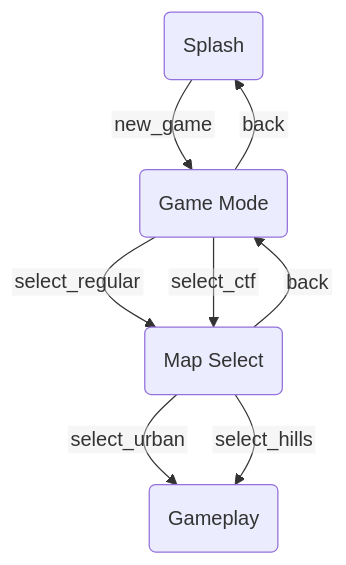
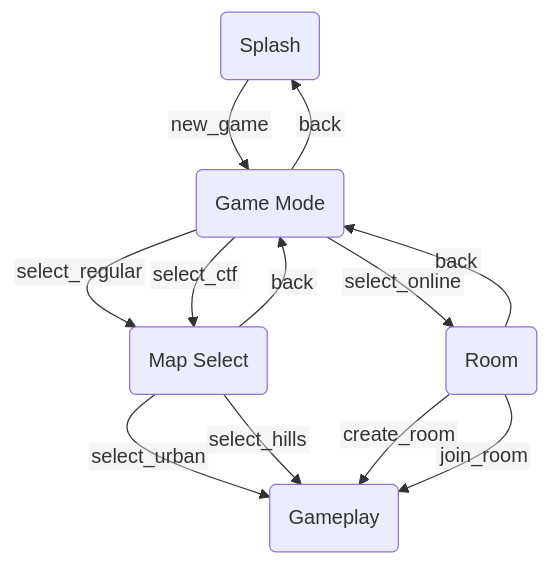
Before and after one commit to TheDeepestSpace/tbgwaf: the diagram in flow/app_flow.mmd, drawn with Mermaid. The commit also changed 10 other files, not shown here.

First line of the commit message:
Add online room page: server-issued room codes and join-by-code

```diff
--- a/flow/app_flow.mmd
+++ b/flow/app_flow.mmd
@@ -1,13 +1,18 @@
 %%{init: {"flowchart": {"htmlLabels": false}, "themeVariables": {"fontFamily": "Arial, sans-serif"}}}%%
 flowchart TD
     splash("  Splash  ")
     game_mode("  Game Mode  ")
     map_select("  Map Select  ")
+    room("  Room  ")
     gameplay("  Gameplay  ")
     splash -->|new_game| game_mode
     game_mode -->|select_regular| map_select
     game_mode -->|select_ctf| map_select
+    game_mode -->|select_online| room
     game_mode -->|back| splash
     map_select -->|select_urban| gameplay
     map_select -->|select_hills| gameplay
     map_select -->|back| game_mode
+    room -->|create_room| gameplay
+    room -->|join_room| gameplay
+    room -->|back| game_mode
```
